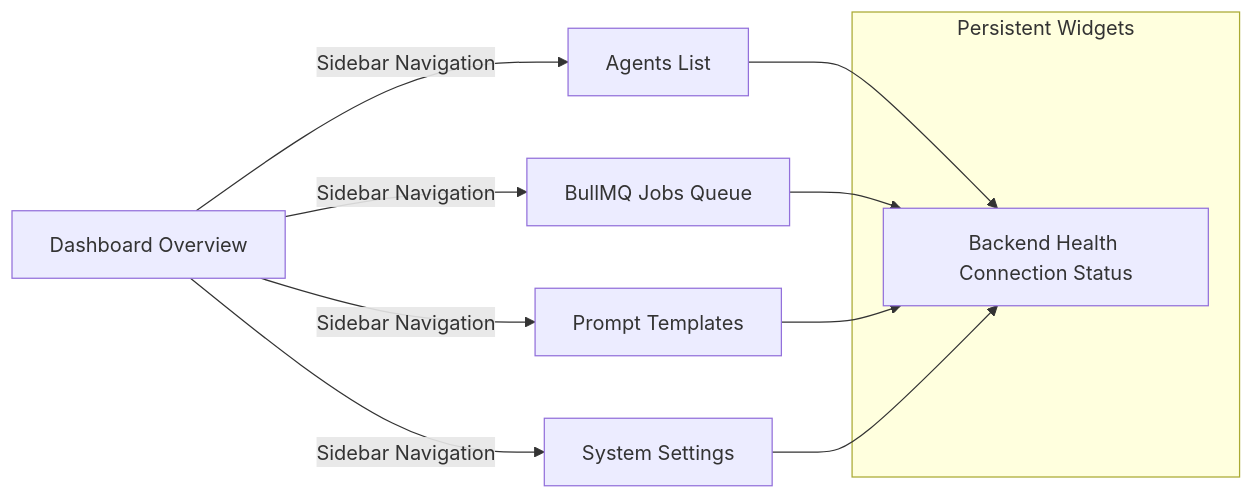
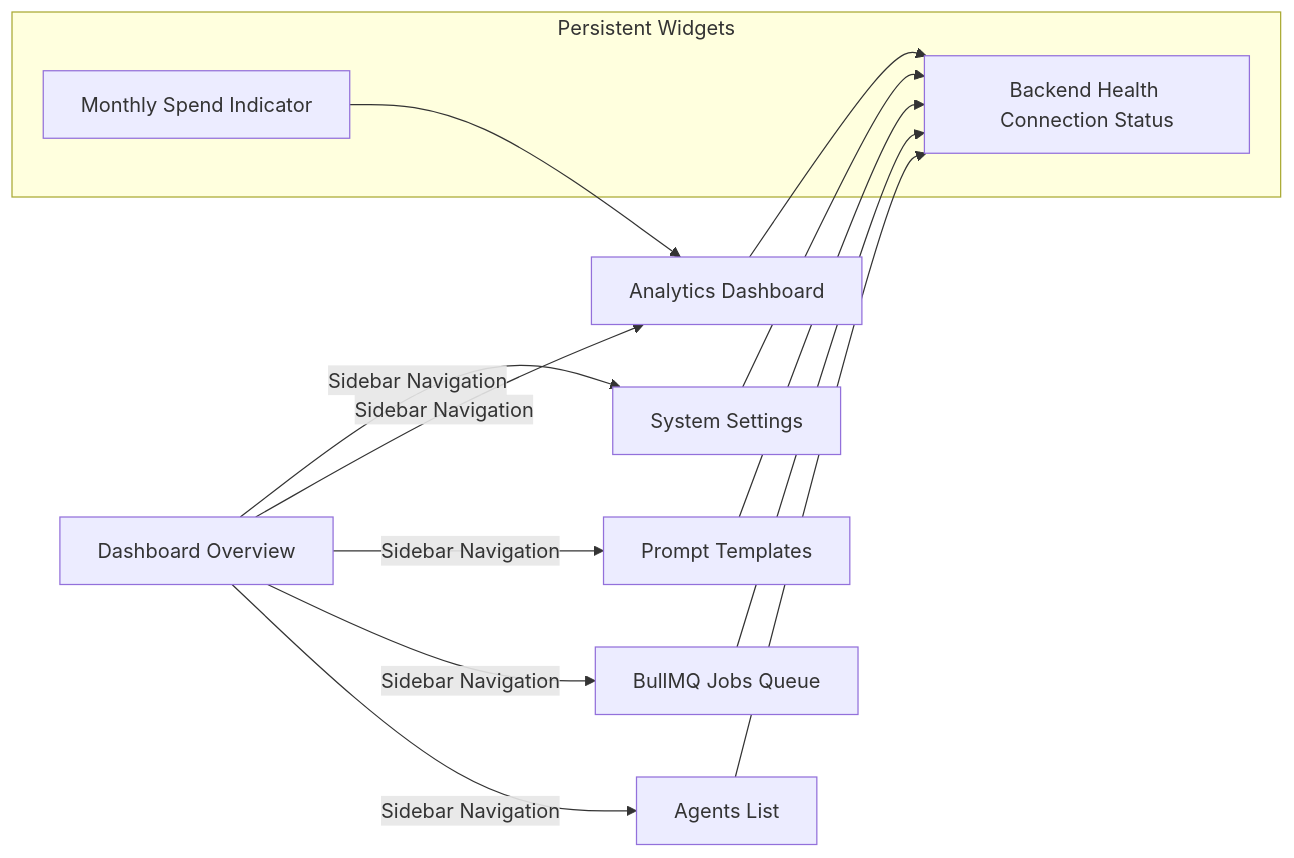
One commit to nandakumar-nandu/AgentForge changed the diagram in SCREENTOUR.md. Above: the diagram before and after it, drawn with Mermaid. The commit also changed other lines of this file and 15 other files, not shown here.

First line of the commit message:
feat: Agent Analytics Dashboard, Conversation History & Cost Tracking

````diff
--- a/SCREENTOUR.md
+++ b/SCREENTOUR.md
@@ -7,18 +7,22 @@
 ```mermaid
 graph LR
     Dashboard[Dashboard Overview]
     
     Dashboard -->|Sidebar Navigation| Agents[Agents List]
     Dashboard -->|Sidebar Navigation| Jobs[BullMQ Jobs Queue]
     Dashboard -->|Sidebar Navigation| Templates[Prompt Templates]
+    Dashboard -->|Sidebar Navigation| Analytics[Analytics Dashboard]
     Dashboard -->|Sidebar Navigation| Settings[System Settings]
     
     subgraph Persistent Widgets
         Health[Backend Health Connection Status]
+        Spend[Monthly Spend Indicator]
     end
     
     Agents --> Health
     Jobs --> Health
     Templates --> Health
+    Analytics --> Health
     Settings --> Health
+    Spend --> Analytics
 ```
````
